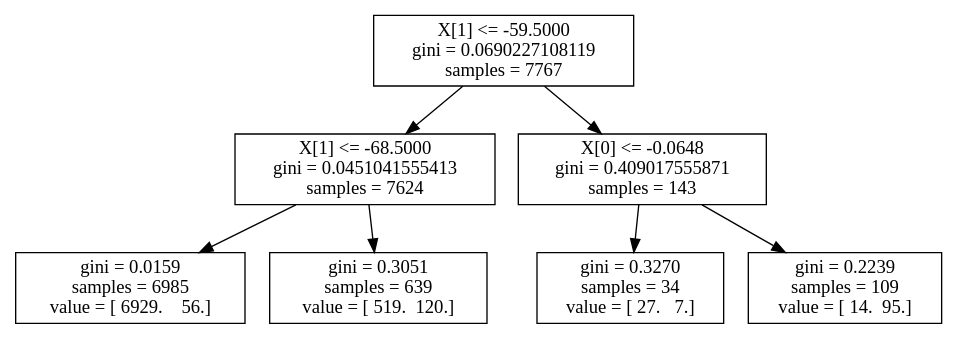
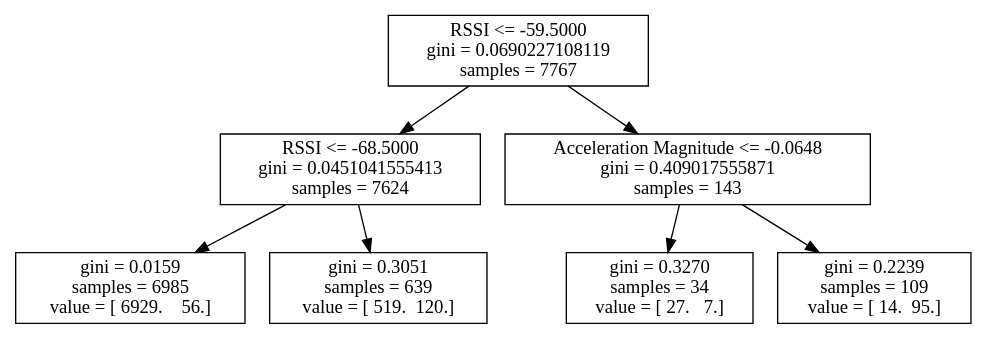
One commit to atitus5/6s062-Project changed the diagram in logs/4_19/log19.dot. Above: the diagram before and after it, drawn with Graphviz. The commit also changed 73 other files, not shown here.

```diff
--- a/logs/4_19/log19.dot
+++ b/logs/4_19/log19.dot
@@ -1,15 +1,15 @@
 digraph Tree {
-0 [label="X[1] <= -59.5000\ngini = 0.0690227108119\nsamples = 7767", shape="box"] ;
-1 [label="X[1] <= -68.5000\ngini = 0.0451041555413\nsamples = 7624", shape="box"] ;
+0 [label="RSSI <= -59.5000\ngini = 0.0690227108119\nsamples = 7767", shape="box"] ;
+1 [label="RSSI <= -68.5000\ngini = 0.0451041555413\nsamples = 7624", shape="box"] ;
 0 -> 1 ;
 2 [label="gini = 0.0159\nsamples = 6985\nvalue = [ 6929.    56.]", shape="box"] ;
 1 -> 2 ;
 3 [label="gini = 0.3051\nsamples = 639\nvalue = [ 519.  120.]", shape="box"] ;
 1 -> 3 ;
-4 [label="X[0] <= -0.0648\ngini = 0.409017555871\nsamples = 143", shape="box"] ;
+4 [label="Acceleration Magnitude <= -0.0648\ngini = 0.409017555871\nsamples = 143", shape="box"] ;
 0 -> 4 ;
 5 [label="gini = 0.3270\nsamples = 34\nvalue = [ 27.   7.]", shape="box"] ;
 4 -> 5 ;
 6 [label="gini = 0.2239\nsamples = 109\nvalue = [ 14.  95.]", shape="box"] ;
 4 -> 6 ;
 }
```
